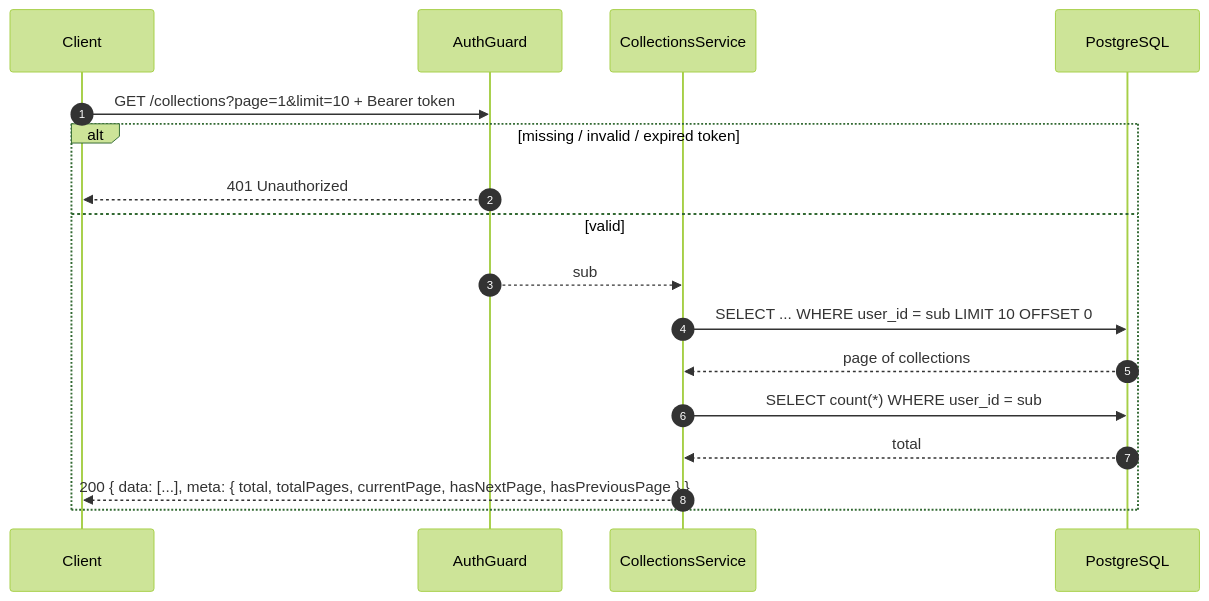
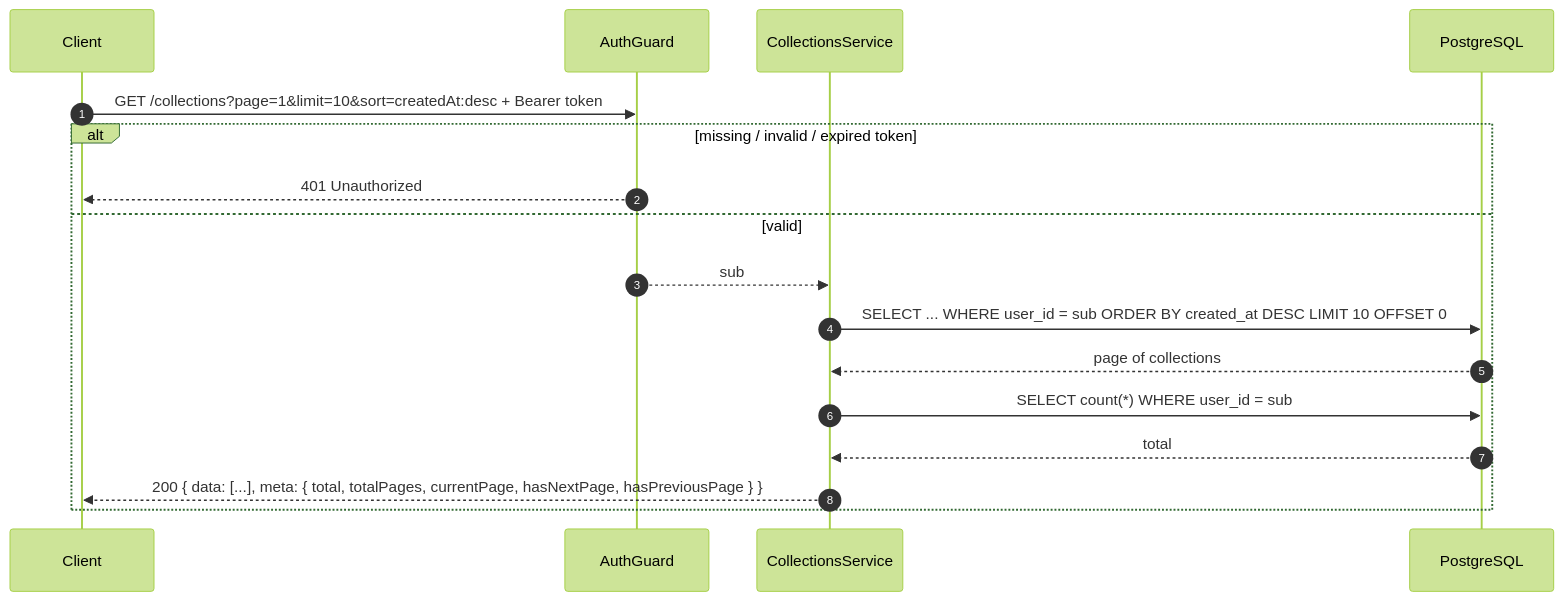
Before and after one commit to raunak-ray/LinkVault: the second of 5 diagrams in api/docs/collections/02-collection-management.md, drawn with Mermaid (forest theme). The commit also changed other lines of this file and 46 other files, not shown here.

````diff
--- a/api/docs/collections/02-collection-management.md
+++ b/api/docs/collections/02-collection-management.md
@@ -52,20 +54,20 @@
 ```mermaid
 sequenceDiagram
     autonumber
     participant C as Client
     participant G as AuthGuard
     participant S as CollectionsService
     participant DB as PostgreSQL
 
-    C->>G: GET /collections?page=1&limit=10 + Bearer token
+    C->>G: GET /collections?page=1&limit=10&sort=createdAt:desc + Bearer token
     alt missing / invalid / expired token
         G-->>C: 401 Unauthorized
     else valid
         G-->>S: sub
-        S->>DB: SELECT ... WHERE user_id = sub LIMIT 10 OFFSET 0
+        S->>DB: SELECT ... WHERE user_id = sub ORDER BY created_at DESC LIMIT 10 OFFSET 0
         DB-->>S: page of collections
         S->>DB: SELECT count(*) WHERE user_id = sub
         DB-->>S: total
         S-->>C: 200 { data: [...], meta: { total, totalPages, currentPage, hasNextPage, hasPreviousPage } }
     end
 ```
````
